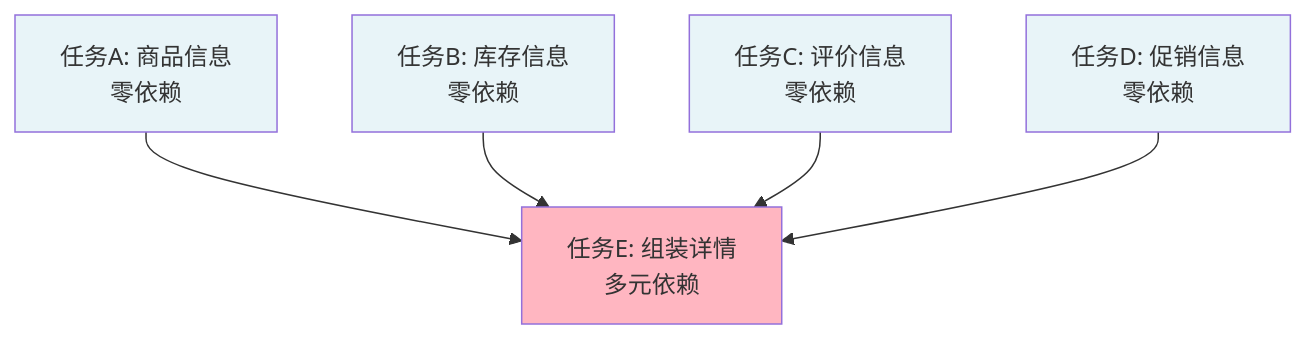
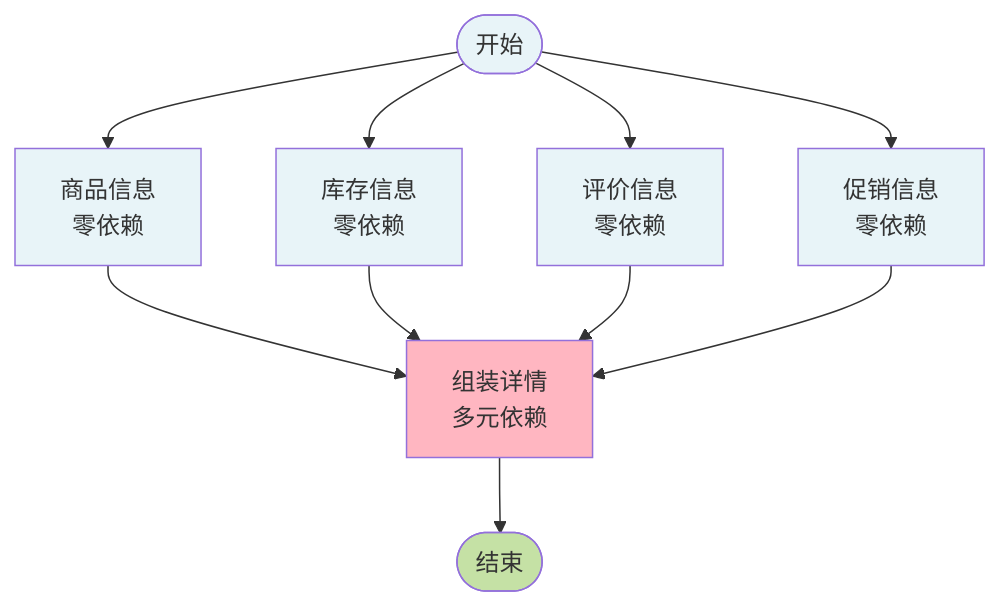
Diagram 14 of 22 in 1-知识点/1-线程安全/异步编程/1-CompletableFuture.md (vanchan5/dolphinscheduler), drawn with Mermaid before and after one commit. The commit also changed other lines of this file and 1 other file, not shown here.

````diff
--- a/1-知识点/1-线程安全/异步编程/1-CompletableFuture.md
+++ b/1-知识点/1-线程安全/异步编程/1-CompletableFuture.md
@@ -940,18 +902,22 @@
 ```mermaid
-graph TD
-    A[任务A: 商品信息<br/>零依赖]
-    B[任务B: 库存信息<br/>零依赖]
-    C[任务C: 评价信息<br/>零依赖]
-    D[任务D: 促销信息<br/>零依赖]
+flowchart TD
+    Start([开始]) --> T1[商品信息<br/>零依赖]
+    Start --> T2[库存信息<br/>零依赖]
+    Start --> T3[评价信息<br/>零依赖]
+    Start --> T4[促销信息<br/>零依赖]
     
-    A --> E[任务E: 组装详情<br/>多元依赖]
-    B --> E
-    C --> E
-    D --> E
+    T1 --> T5[组装详情<br/>多元依赖]
+    T2 --> T5
+    T3 --> T5
+    T4 --> T5
     
-    style A fill:#E8F4F8
-    style B fill:#E8F4F8
-    style C fill:#E8F4F8
-    style D fill:#E8F4F8
-    style E fill:#FFB6C1
+    T5 --> End([结束])
+    
+    style Start fill:#E8F4F8
+    style T1 fill:#E8F4F8
+    style T2 fill:#E8F4F8
+    style T3 fill:#E8F4F8
+    style T4 fill:#E8F4F8
+    style T5 fill:#FFB6C1
+    style End fill:#C5E1A5
 ```
````
